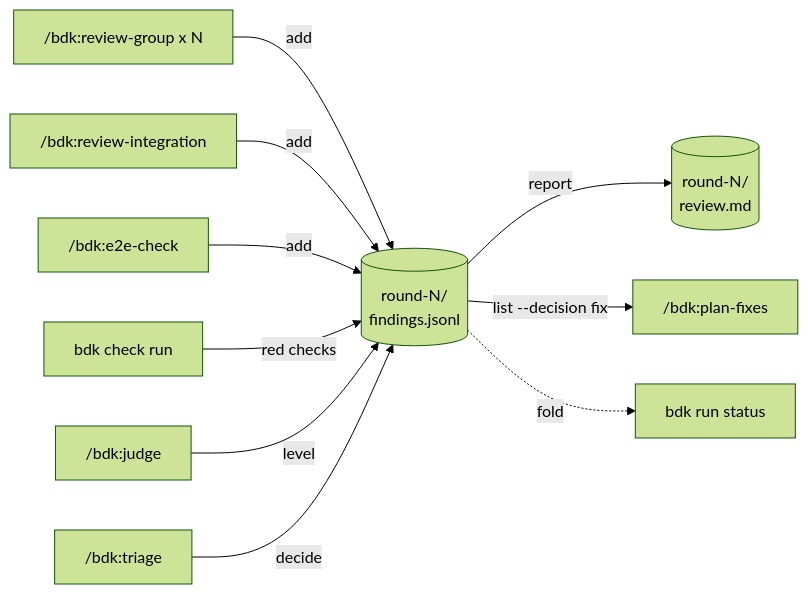
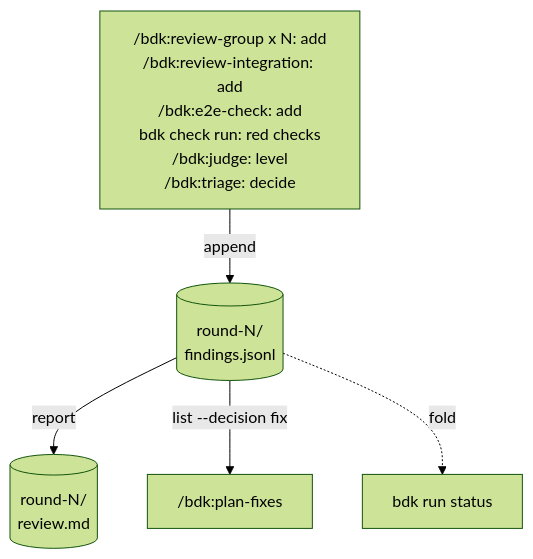
Before and after one commit to broneq/bdk: the third of 5 diagrams in docs/concepts/run-state.md, drawn with Mermaid (forest theme). The commit also changed other lines of this file and 20 other files, not shown here.

First line of the commit message:
fix(docs): fit every diagram into the content column

````diff
--- a/docs/concepts/run-state.md
+++ b/docs/concepts/run-state.md
@@ -147,13 +146,8 @@
 ```mermaid
-flowchart LR
-  RG["/bdk:review-group x N"] -->|"add"| F
-  RI["/bdk:review-integration"] -->|"add"| F
-  E2["/bdk:e2e-check"] -->|"add"| F
-  CK["bdk check run"] -->|"red checks"| F
-  J["/bdk:judge"] -->|"level"| F
-  T["/bdk:triage"] -->|"decide"| F
-  F[("round-N/<br/>findings.jsonl")]
+flowchart TB
+  W["/bdk:review-group x N: add<br/>/bdk:review-integration: add<br/>/bdk:e2e-check: add<br/>bdk check run: red checks<br/>/bdk:judge: level<br/>/bdk:triage: decide"]
+  W -->|"append"| F[("round-N/<br/>findings.jsonl")]
   F -->|"report"| REP[("round-N/<br/>review.md")]
   F -->|"list --decision fix"| PF["/bdk:plan-fixes"]
   F -.->|"fold"| ST["bdk run status"]
 ```
````
